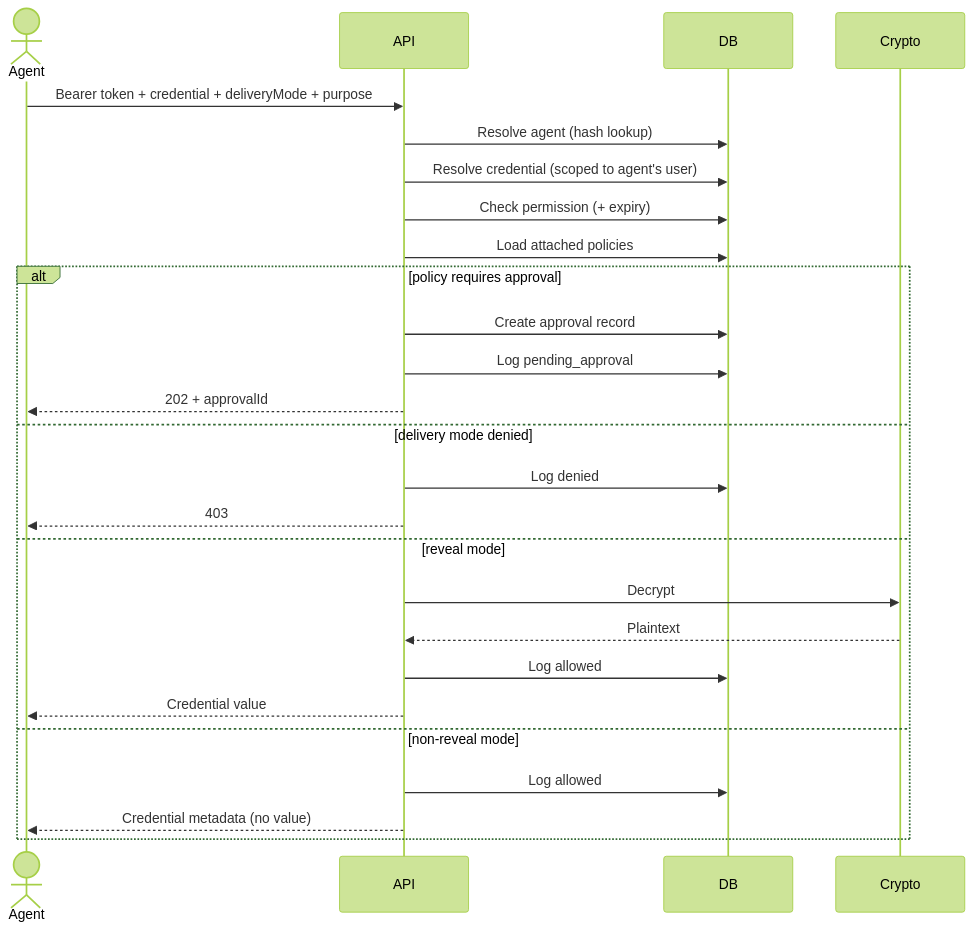
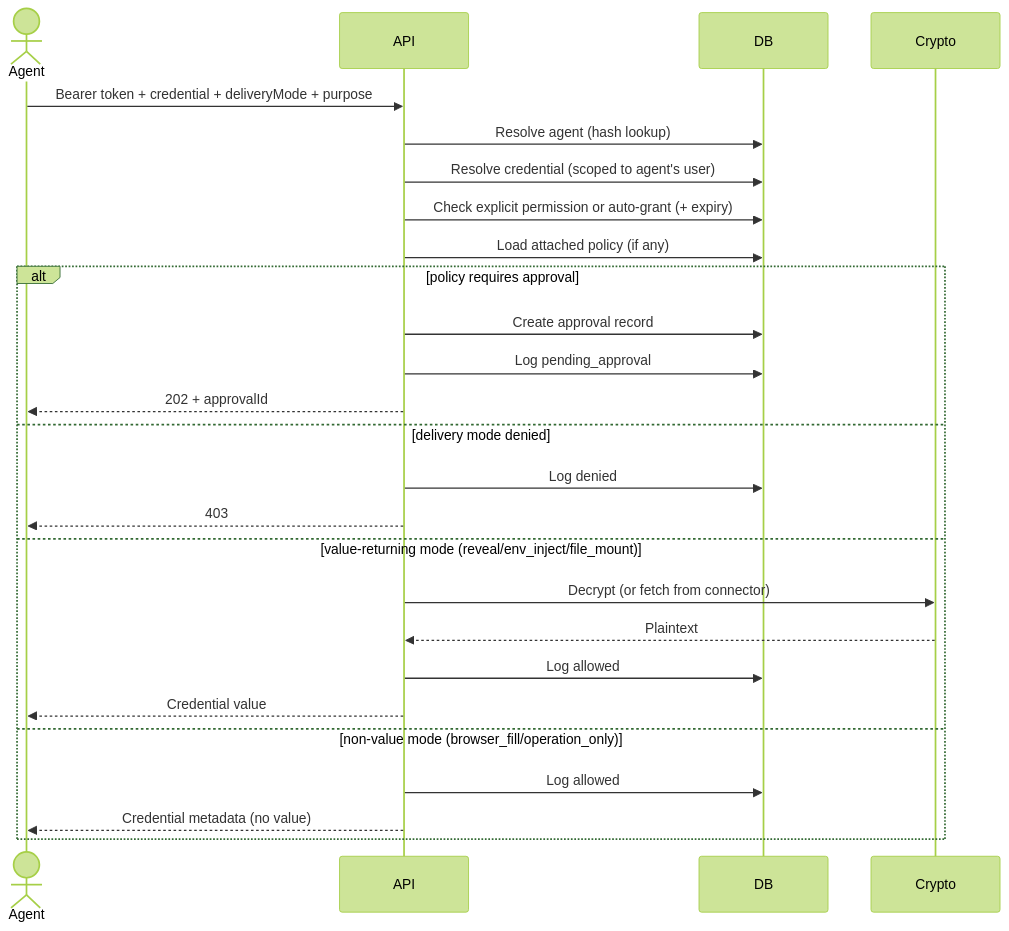
The fourth of 5 diagrams in docs/ARCHITECTURE.md (punitarani/abadge), drawn with Mermaid (forest theme) before and after one commit. The commit also changed other lines of this file and 6 other files, not shown here.

````diff
--- a/docs/ARCHITECTURE.md
+++ b/docs/ARCHITECTURE.md
@@ -302,30 +300,30 @@
 ```mermaid
 sequenceDiagram
   actor Agent
   participant API
   participant DB
   participant Crypto
 
   Agent->>API: Bearer token + credential + deliveryMode + purpose
   API->>DB: Resolve agent (hash lookup)
   API->>DB: Resolve credential (scoped to agent's user)
-  API->>DB: Check permission (+ expiry)
-  API->>DB: Load attached policies
+  API->>DB: Check explicit permission or auto-grant (+ expiry)
+  API->>DB: Load attached policy (if any)
 
   alt policy requires approval
     API->>DB: Create approval record
     API->>DB: Log pending_approval
     API-->>Agent: 202 + approvalId
   else delivery mode denied
     API->>DB: Log denied
     API-->>Agent: 403
-  else reveal mode
-    API->>Crypto: Decrypt
+  else value-returning mode (reveal/env_inject/file_mount)
+    API->>Crypto: Decrypt (or fetch from connector)
     Crypto-->>API: Plaintext
     API->>DB: Log allowed
     API-->>Agent: Credential value
-  else non-reveal mode
+  else non-value mode (browser_fill/operation_only)
     API->>DB: Log allowed
     API-->>Agent: Credential metadata (no value)
   end
 ```
````
